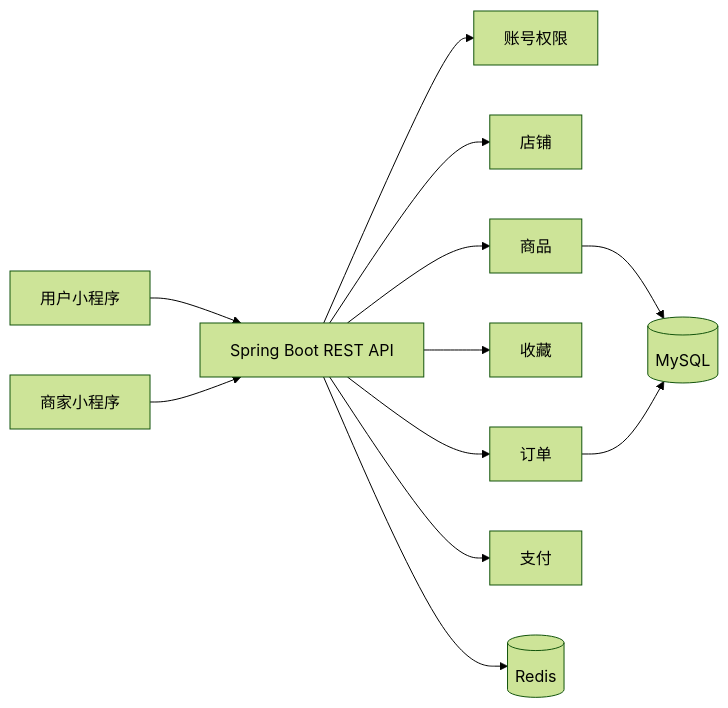
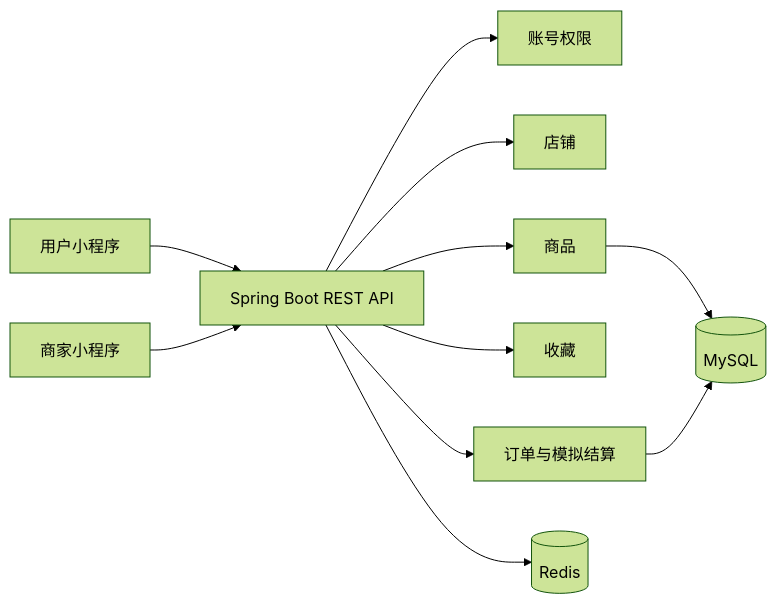
The diagram in docs/architecture.md (bilibilixms/StarIsle-DimensionHub), drawn with Mermaid (forest theme) before and after one commit. The commit also changed other lines of this file and 2 other files, not shown here.

````diff
--- a/docs/architecture.md
+++ b/docs/architecture.md
@@ -5,14 +5,13 @@
 ```mermaid
 flowchart LR
   User[用户小程序] --> API[Spring Boot REST API]
   Merchant[商家小程序] --> API
   API --> Identity[账号权限]
   API --> Shop[店铺]
   API --> Catalog[商品]
   API --> Favorite[收藏]
-  API --> Order[订单]
-  API --> Payment[支付]
+  API --> Order[订单与模拟结算]
   Catalog --> MySQL[(MySQL)]
   Order --> MySQL
   API --> Redis[(Redis)]
 ```
````
